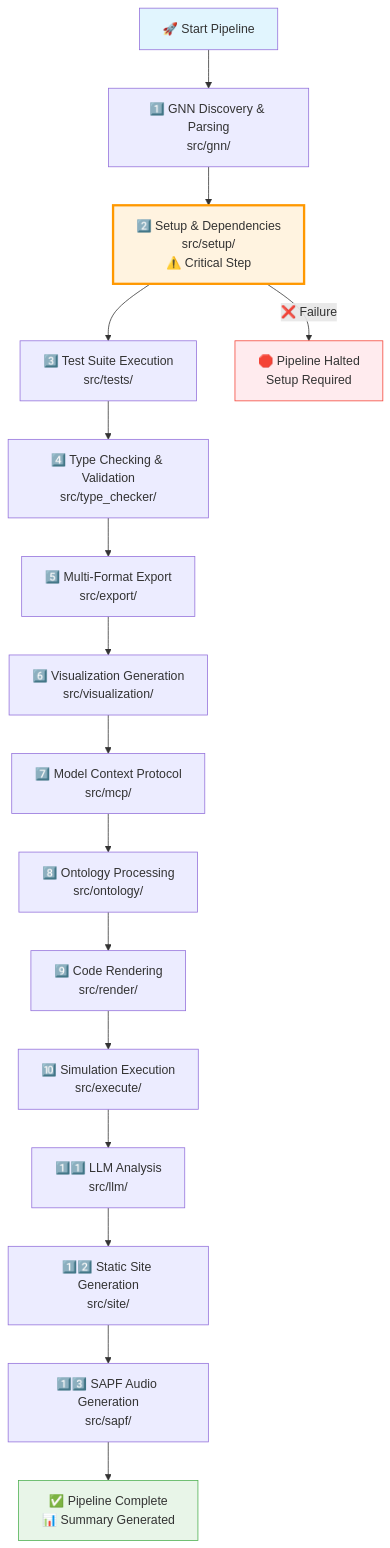
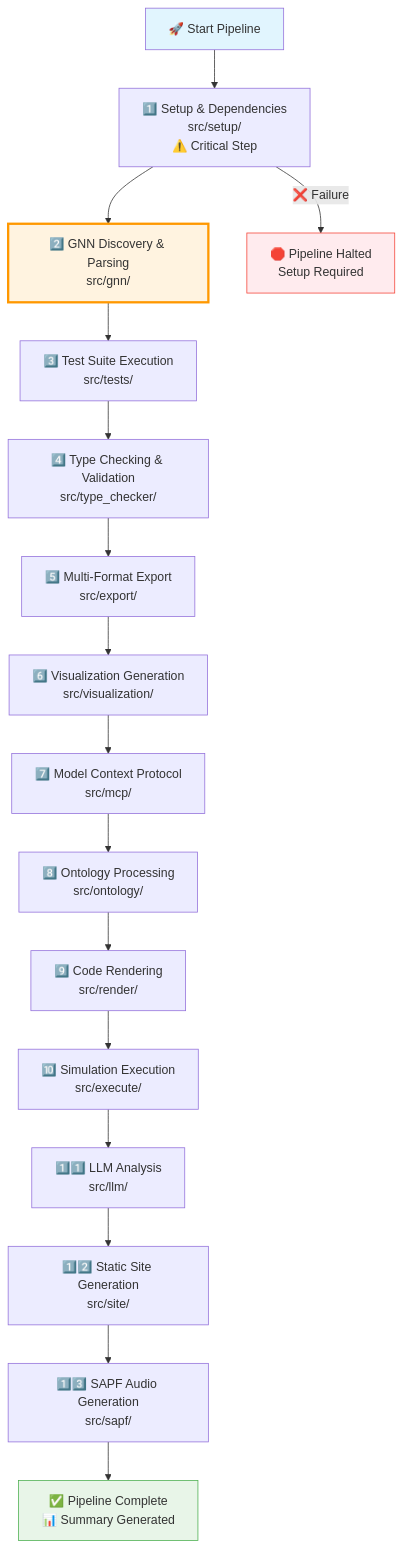
Before and after one commit to ActiveInferenceInstitute/GeneralizedNotationNotation: the third of 4 diagrams in README.md, drawn with Mermaid. The commit also changed other lines of this file and 46 other files, not shown here.

````diff
--- a/README.md
+++ b/README.md
@@ -259,24 +259,24 @@
 ```mermaid
 flowchart TD
-    A["🚀 Start Pipeline"] --> B["1️⃣ GNN Discovery & Parsing<br/>src/gnn/"]
-    B --> C["2️⃣ Setup & Dependencies<br/>src/setup/<br/>⚠️ Critical Step"]
+    A["🚀 Start Pipeline"] --> B["1️⃣ Setup & Dependencies<br/>src/setup/<br/>⚠️ Critical Step"]
+    B --> C["2️⃣ GNN Discovery & Parsing<br/>src/gnn/"]
     C --> D["3️⃣ Test Suite Execution<br/>src/tests/"]
     D --> E["4️⃣ Type Checking & Validation<br/>src/type_checker/"]
     E --> F["5️⃣ Multi-Format Export<br/>src/export/"]
     F --> G["6️⃣ Visualization Generation<br/>src/visualization/"]
     G --> H["7️⃣ Model Context Protocol<br/>src/mcp/"]
     H --> I["8️⃣ Ontology Processing<br/>src/ontology/"]
     I --> J["9️⃣ Code Rendering<br/>src/render/"]
     J --> K["🔟 Simulation Execution<br/>src/execute/"]
     K --> L["1️⃣1️⃣ LLM Analysis<br/>src/llm/"]
     L --> M["1️⃣2️⃣ Static Site Generation<br/>src/site/"]
     M --> N["1️⃣3️⃣ SAPF Audio Generation<br/>src/sapf/"]
     N --> O["✅ Pipeline Complete<br/>📊 Summary Generated"]
     
-    C -->|❌ Failure| P["🛑 Pipeline Halted<br/>Setup Required"]
+    B -->|❌ Failure| P["🛑 Pipeline Halted<br/>Setup Required"]
     
     style A fill:#e1f5fe
     style C fill:#fff3e0,stroke:#ff9800,stroke-width:3px
     style P fill:#ffebee,stroke:#f44336
     style O fill:#e8f5e8,stroke:#4caf50
 ```
````
